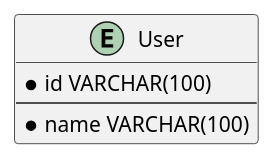
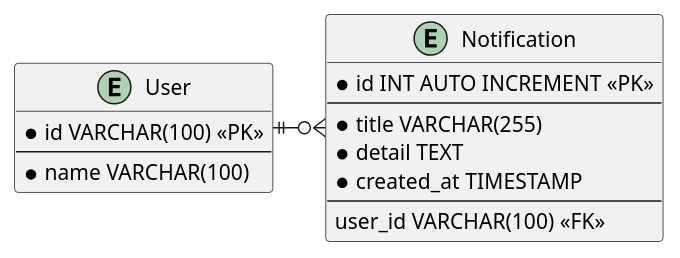
The diagram in SQL/mysql/notification/notification.puml (tobialbertino/belajar-code), drawn with PlantUML before and after one commit.

Commit message:
add notification plant UML

```diff
--- a/SQL/mysql/notification/notification.puml
+++ b/SQL/mysql/notification/notification.puml
@@ -1,9 +1,21 @@
 @startuml notification_db-dasign
 
 entity User {
-    * id VARCHAR(100) 
+    * id VARCHAR(100) <<PK>>
     --
     * name VARCHAR(100) 
 }
 
+entity Notification {
+    * id INT AUTO INCREMENT <<PK>>
+    --
+    * title VARCHAR(255)
+    * detail TEXT
+    * created_at TIMESTAMP
+    --
+    user_id VARCHAR(100) <<FK>>
+}
+
+User ||-o{ Notification
+
 @enduml
```
